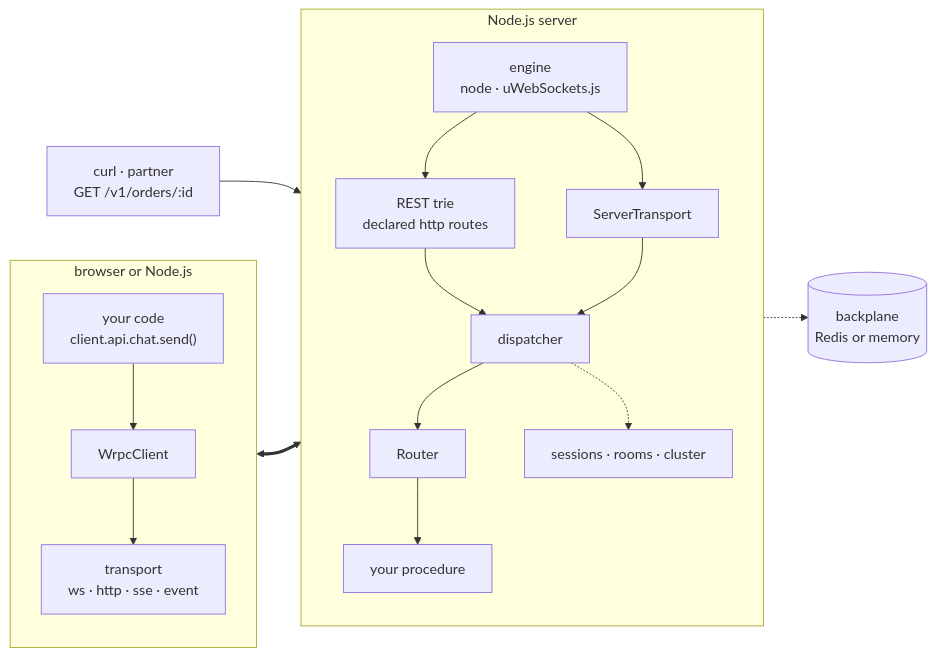
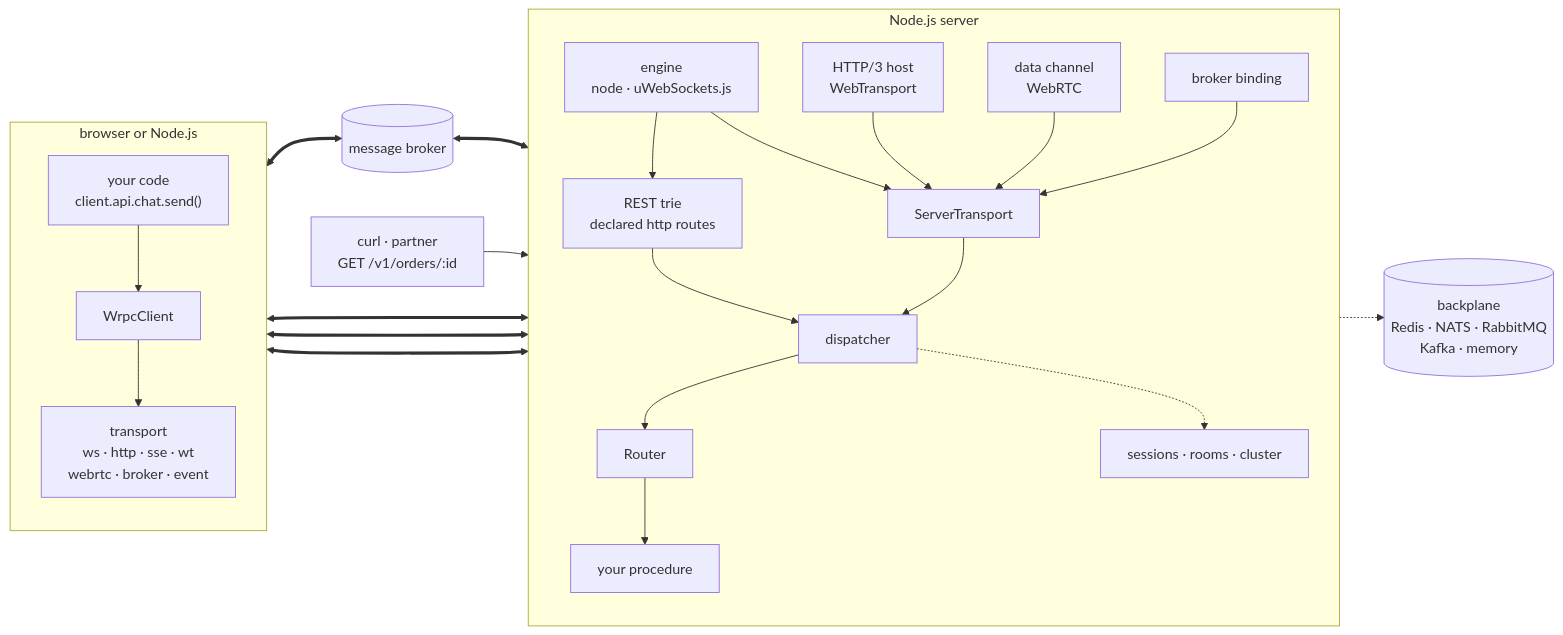
Before and after one commit to Alexis-Technologies/wrpc: the diagram in docs/guide/getting-started.md, drawn with Mermaid. The commit also changed other lines of this file and 454 other files, not shown here.

First line of the commit message:
wrpc v2: protocol revision 2, WebRTC, WebTransport, message brokers, compression & encryption (#5)

````diff
--- a/docs/guide/getting-started.md
+++ b/docs/guide/getting-started.md
@@ -14,24 +15,31 @@
 ```mermaid
 flowchart LR
   subgraph C["browser or Node.js"]
     direction TB
     app["your code<br>client.api.chat.send()"] --> cl["WrpcClient"]
-    cl --> ctr["transport<br>ws · http · sse · event"]
+    cl --> ctr["transport<br>ws · http · sse · wt<br>webrtc · broker · event"]
   end
 
   ctr <==> eng
+  ctr <==> h3
+  ctr <==> dc
+  ctr <==> mq[("message broker")]
+  mq <==> bk
   curl["curl · partner<br>GET /v1/orders/:id"] --> eng
 
   subgraph S["Node.js server"]
     direction TB
     eng["engine<br>node · uWebSockets.js"] --> tr["ServerTransport"]
+    h3["HTTP/3 host<br>WebTransport"] --> tr
+    dc["data channel<br>WebRTC"] --> tr
+    bk["broker binding"] --> tr
     eng --> rest["REST trie<br>declared http routes"]
     rest --> disp
     tr --> disp["dispatcher"]
     disp --> rt["Router"]
     rt --> h["your procedure"]
     disp -.-> st["sessions · rooms · cluster"]
   end
 
-  st -.-> bp[("backplane<br>Redis or memory")]
+  st -.-> bp[("backplane<br>Redis · NATS · RabbitMQ<br>Kafka · memory")]
 ```
````
